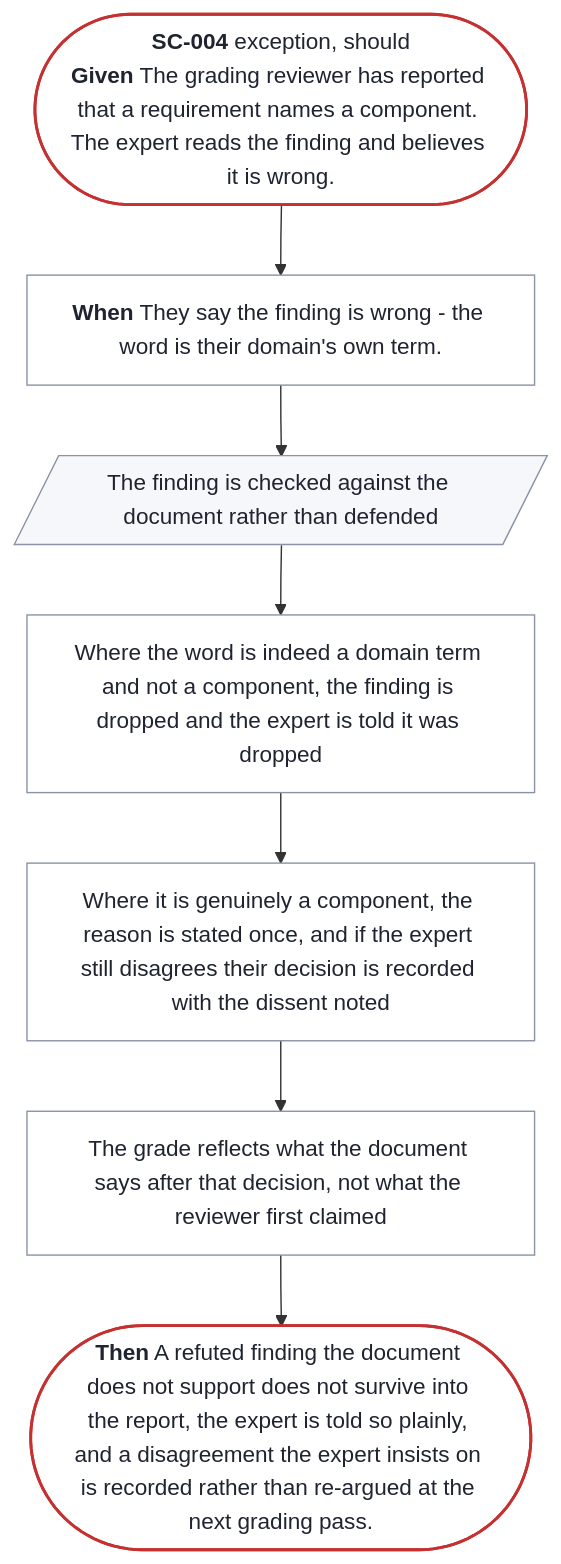
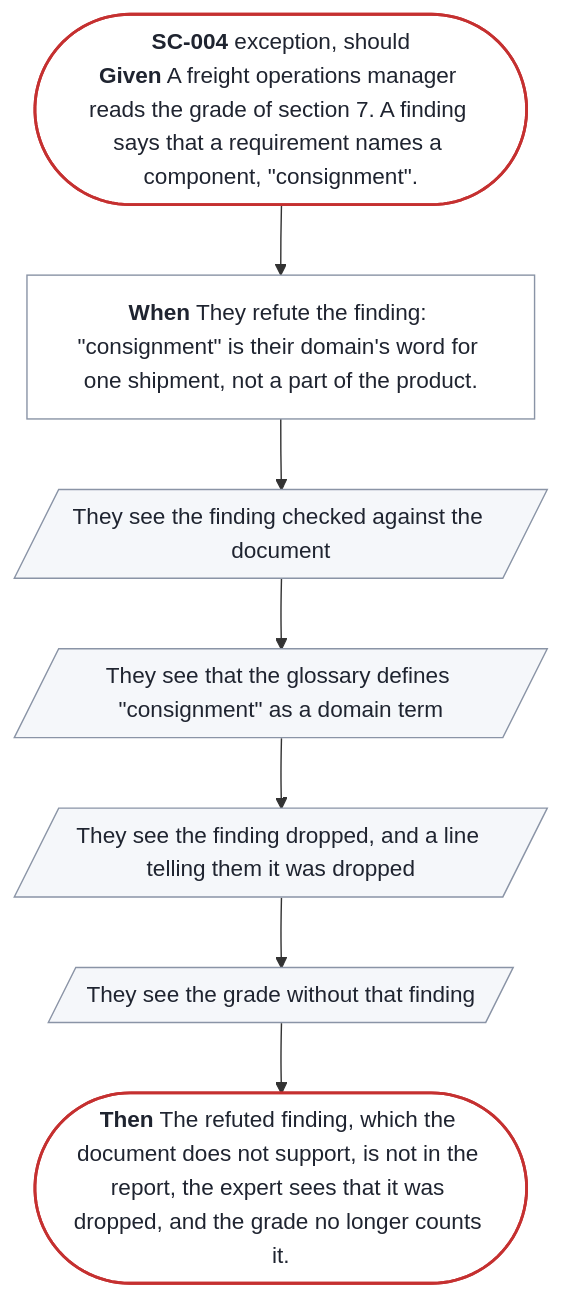
Before and after one commit to SpillwaveSolutions/prd-forge: the diagram in docs/prd/prd-forge/diagrams/SC-004.mmd, drawn with Mermaid. The commit also changed 59 other files, not shown here.

```diff
--- a/docs/prd/prd-forge/diagrams/SC-004.mmd
+++ b/docs/prd/prd-forge/diagrams/SC-004.mmd
@@ -1,20 +1,20 @@
 %% Generated by prd-diagrams.mjs from the scenario front matter. Do not edit.
 %%{init: {"flowchart": {"wrappingWidth": 300}}}%%
 flowchart TB
-  start(["<b>SC-004</b> exception, should<br/><b>Given</b> The grading reviewer has reported that a requirement names a component. The expert reads the finding and believes it is wrong."])
-  trigger["<b>When</b> They say the finding is wrong - the word is their domain's own term."]
-  s0[/"The finding is checked against the document rather than defended"/]
-  s1["Where the word is indeed a domain term and not a component, the finding is dropped and the expert is told it was dropped"]
-  s2["Where it is genuinely a component, the reason is stated once, and if the expert still disagrees their decision is recorded with the dissent noted"]
-  s3["The grade reflects what the document says after that decision, not what the reviewer first claimed"]
-  done(["<b>Then</b> A refuted finding the document does not support does not survive into the report, the expert is told so plainly, and a disagreement the expert insists on is recorded rather than re-argued at the next grading pass."])
+  start(["<b>SC-004</b> exception, should<br/><b>Given</b> A freight operations manager reads the grade of section 7. A finding says that a requirement names a component, #quot;consignment#quot;."])
+  trigger["<b>When</b> They refute the finding: #quot;consignment#quot; is their domain's word for one shipment, not a part of the product."]
+  s0[/"They see the finding checked against the document"/]
+  s1[/"They see that the glossary defines #quot;consignment#quot; as a domain term"/]
+  s2[/"They see the finding dropped, and a line telling them it was dropped"/]
+  s3[/"They see the grade without that finding"/]
+  done(["<b>Then</b> The refuted finding, which the document does not support, is not in the report, the expert sees that it was dropped, and the grade no longer counts it."])
   start --> trigger --> s0 --> s1 --> s2 --> s3 --> done
   classDef ends fill:#FFFFFF,stroke:#C53030,stroke-width:2px,color:#1F2430
   classDef sees fill:#F5F7FA,stroke:#8A94A6,color:#1F2430
   classDef does fill:#FFFFFF,stroke:#8A94A6,color:#1F2430
   class start,done ends
   class s0 sees
-  class s1 does
-  class s2 does
-  class s3 does
+  class s1 sees
+  class s2 sees
+  class s3 sees
   class trigger does
```
